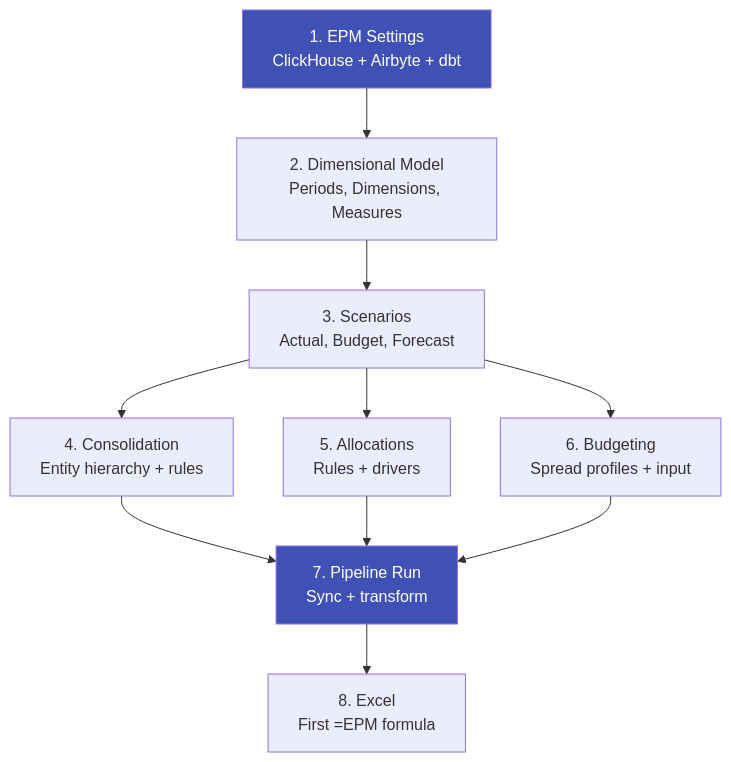
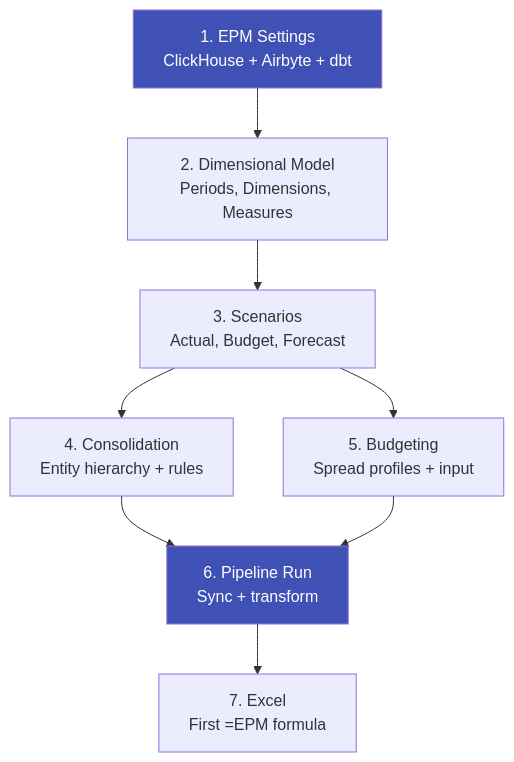
Before and after one commit to grynn-in/konsolidat: the first of 2 diagrams in docs/user-guide/initial-setup-guide.md, drawn with Mermaid. The commit also changed other lines of this file and 79 other files, not shown here.

````diff
--- a/docs/user-guide/initial-setup-guide.md
+++ b/docs/user-guide/initial-setup-guide.md
@@ -7,15 +7,13 @@
 ```mermaid
 graph TD
     EPM[1. EPM Settings<br/>ClickHouse + Airbyte + dbt] --> DIM[2. Dimensional Model<br/>Periods, Dimensions, Measures]
     DIM --> SCEN[3. Scenarios<br/>Actual, Budget, Forecast]
     SCEN --> CONSOL[4. Consolidation<br/>Entity hierarchy + rules]
-    SCEN --> ALLOC[5. Allocations<br/>Rules + drivers]
-    SCEN --> BUDGET[6. Budgeting<br/>Spread profiles + input]
-    CONSOL --> PIPE[7. Pipeline Run<br/>Sync + transform]
-    ALLOC --> PIPE
+    SCEN --> BUDGET[5. Budgeting<br/>Spread profiles + input]
+    CONSOL --> PIPE[6. Pipeline Run<br/>Sync + transform]
     BUDGET --> PIPE
-    PIPE --> EXCEL[8. Excel<br/>First =EPM formula]
+    PIPE --> EXCEL[7. Excel<br/>First =EPM formula]
 
     style EPM fill:#4051b5,color:#fff
     style PIPE fill:#4051b5,color:#fff
 ```
````
